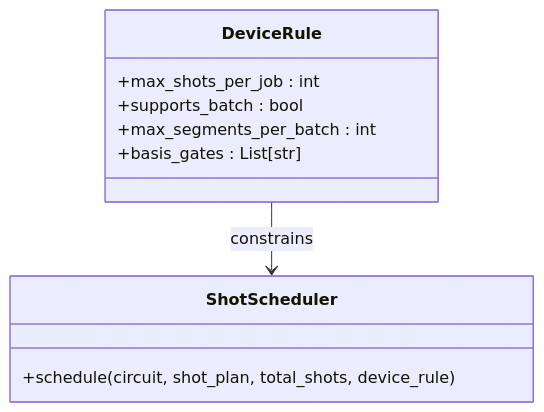
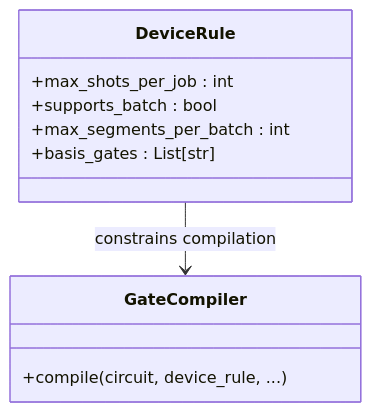
Diagram 11 of 14 in .qoder/repowiki/en/content/Core Framework Architecture/Compiler Pipeline/Compiler Pipeline.md (QureGenAI-Biotech/TyxonQ), drawn with Mermaid before and after one commit. The commit also changed other lines of this file and 516 other files, not shown here.

````diff
--- a/.qoder/repowiki/en/content/Core Framework Architecture/Compiler Pipeline/Compiler Pipeline.md
+++ b/.qoder/repowiki/en/content/Core Framework Architecture/Compiler Pipeline/Compiler Pipeline.md
@@ -486,13 +378,13 @@
 ```mermaid
 classDiagram
 class DeviceRule {
 +max_shots_per_job : int
 +supports_batch : bool
 +max_segments_per_batch : int
 +basis_gates : List[str]
 }
-class ShotScheduler {
-+schedule(circuit, shot_plan, total_shots, device_rule)
+class GateCompiler {
++compile(circuit, device_rule, ...)
 }
-DeviceRule --> ShotScheduler : constrains
+DeviceRule --> GateCompiler : constrains compilation
 ```
````
